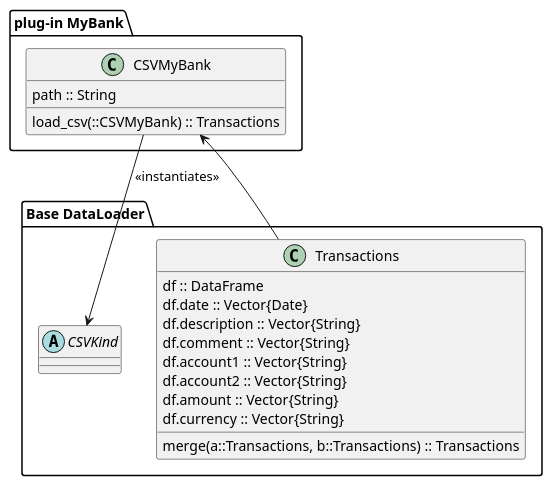
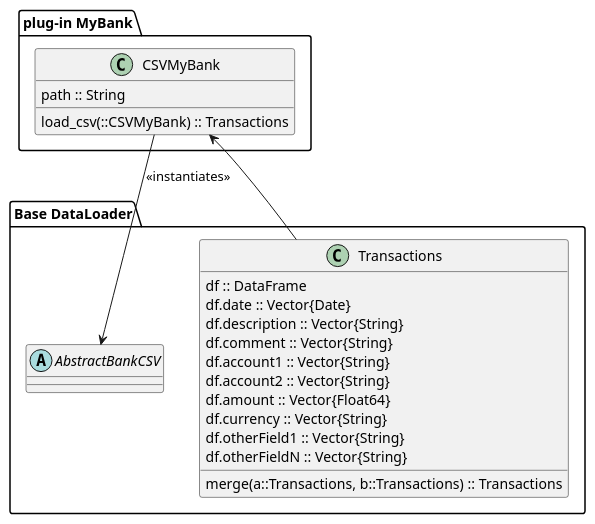
The diagram in docs/src/architecture/interfaces_dataloader.pu (Sh4pe/Ledjer.jl), drawn with PlantUML before and after one commit. The commit also changed 3 other files, not shown here.

```diff
--- a/docs/src/architecture/interfaces_dataloader.pu
+++ b/docs/src/architecture/interfaces_dataloader.pu
@@ -1,33 +1,35 @@
 @startuml
 
 package "plug-in MyBank" {
     class CSVMyBank {
         path :: String
 
         load_csv(::CSVMyBank) :: Transactions
     }
 }
 
 package "Base DataLoader" {
 
-    abstract class CSVKind
+    abstract class AbstractBankCSV
 
     class Transactions {
         df :: DataFrame 
         df.date :: Vector{Date}
         df.description :: Vector{String}
         df.comment :: Vector{String}
         df.account1 :: Vector{String}
         df.account2 :: Vector{String}
-        df.amount :: Vector{String}
+        df.amount :: Vector{Float64}
         df.currency :: Vector{String}
+        df.otherField1 :: Vector{String}
+        df.otherFieldN :: Vector{String}
 
         merge(a::Transactions, b::Transactions) :: Transactions
     }
 }
 
 
-CSVMyBank --> CSVKind : << instantiates >>
+CSVMyBank --> AbstractBankCSV : << instantiates >>
 Transactions --> CSVMyBank
 
 @enduml
```
